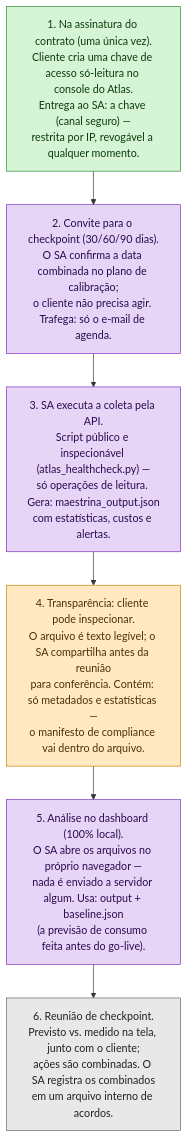
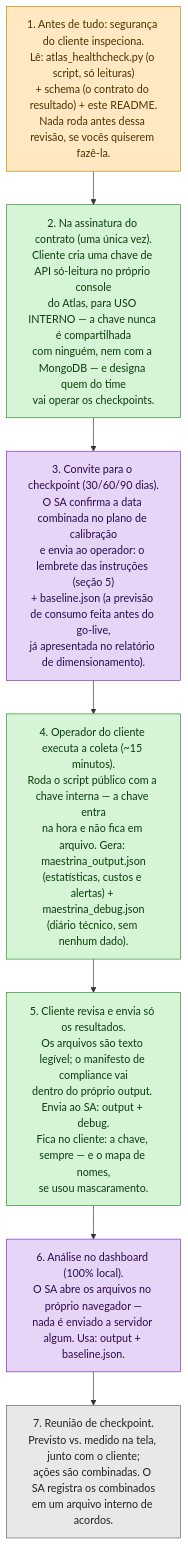
The diagram in README.md (carimeb/Maestrina), drawn with Mermaid before and after one commit. The commit also changed other lines of this file, not shown here.

````diff
--- a/README.md
+++ b/README.md
@@ -88,21 +81,22 @@
 ```mermaid
 flowchart TD
-    P1["1. Na assinatura do contrato (uma única vez).<br/>Cliente cria uma chave de acesso só-leitura no console do Atlas.<br/>Entrega ao SA: a chave (canal seguro) —<br/>restrita por IP, revogável a qualquer momento."]
-    P2["2. Convite para o checkpoint (30/60/90 dias).<br/>O SA confirma a data combinada no plano de calibração;<br/>o cliente não precisa agir. Trafega: só o e-mail de agenda."]
-    P3["3. SA executa a coleta pela API.<br/>Script público e inspecionável (atlas_healthcheck.py) —<br/>só operações de leitura. Gera: maestrina_output.json<br/>com estatísticas, custos e alertas."]
-    P4["4. Transparência: cliente pode inspecionar.<br/>O arquivo é texto legível; o SA compartilha antes da reunião<br/>para conferência. Contém: só metadados e estatísticas —<br/>o manifesto de compliance vai dentro do arquivo."]
-    P5["5. Análise no dashboard (100% local).<br/>O SA abre os arquivos no próprio navegador —<br/>nada é enviado a servidor algum. Usa: output + baseline.json<br/>(a previsão de consumo feita antes do go-live)."]
-    P6["6. Reunião de checkpoint.<br/>Previsto vs. medido na tela, junto com o cliente;<br/>ações são combinadas. O SA registra os combinados<br/>em um arquivo interno de acordos."]
+    P1["1. Antes de tudo: segurança do cliente inspeciona.<br/>Lê: atlas_healthcheck.py (o script, só leituras)<br/>+ schema (o contrato do resultado) + este README.<br/>Nada roda antes dessa revisão, se vocês quiserem fazê-la."]
+    P2["2. Na assinatura do contrato (uma única vez).<br/>Cliente cria uma chave de API só-leitura no próprio console<br/>do Atlas, para USO INTERNO — a chave nunca é compartilhada<br/>com ninguém, nem com a MongoDB — e designa quem do time<br/>vai operar os checkpoints."]
+    P3["3. Convite para o checkpoint (30/60/90 dias).<br/>O SA confirma a data combinada no plano de calibração<br/>e envia ao operador: o lembrete das instruções (seção 5)<br/>+ baseline.json (a previsão de consumo feita antes do go-live,<br/>já apresentada no relatório de dimensionamento)."]
+    P4["4. Operador do cliente executa a coleta (~15 minutos).<br/>Roda o script público com a chave interna — a chave entra<br/>na hora e não fica em arquivo. Gera: maestrina_output.json<br/>(estatísticas, custos e alertas) + maestrina_debug.json<br/>(diário técnico, sem nenhum dado)."]
+    P5["5. Cliente revisa e envia só os resultados.<br/>Os arquivos são texto legível; o manifesto de compliance vai<br/>dentro do próprio output. Envia ao SA: output + debug.<br/>Fica no cliente: a chave, sempre — e o mapa de nomes,<br/>se usou mascaramento."]
+    P6["6. Análise no dashboard (100% local).<br/>O SA abre os arquivos no próprio navegador —<br/>nada é enviado a servidor algum. Usa: output + baseline.json."]
+    P7["7. Reunião de checkpoint.<br/>Previsto vs. medido na tela, junto com o cliente;<br/>ações são combinadas. O SA registra os combinados<br/>em um arquivo interno de acordos."]
 
-    P1 --> P2 --> P3 --> P4 --> P5 --> P6
+    P1 --> P2 --> P3 --> P4 --> P5 --> P6 --> P7
 
     classDef sa fill:#E6D5F7,stroke:#7B2FBE,color:#2D0A4E
     classDef cliente fill:#D6F5D6,stroke:#2E8B2E,color:#0B3D0B
     classDef seguranca fill:#FFE8C2,stroke:#CC8400,color:#4D3200
     classDef todos fill:#E8E8E8,stroke:#666666,color:#222222
 
-    class P2,P3,P5 sa
-    class P1 cliente
-    class P4 seguranca
-    class P6 todos
+    class P3,P6 sa
+    class P2,P4,P5 cliente
+    class P1 seguranca
+    class P7 todos
 ```
````
